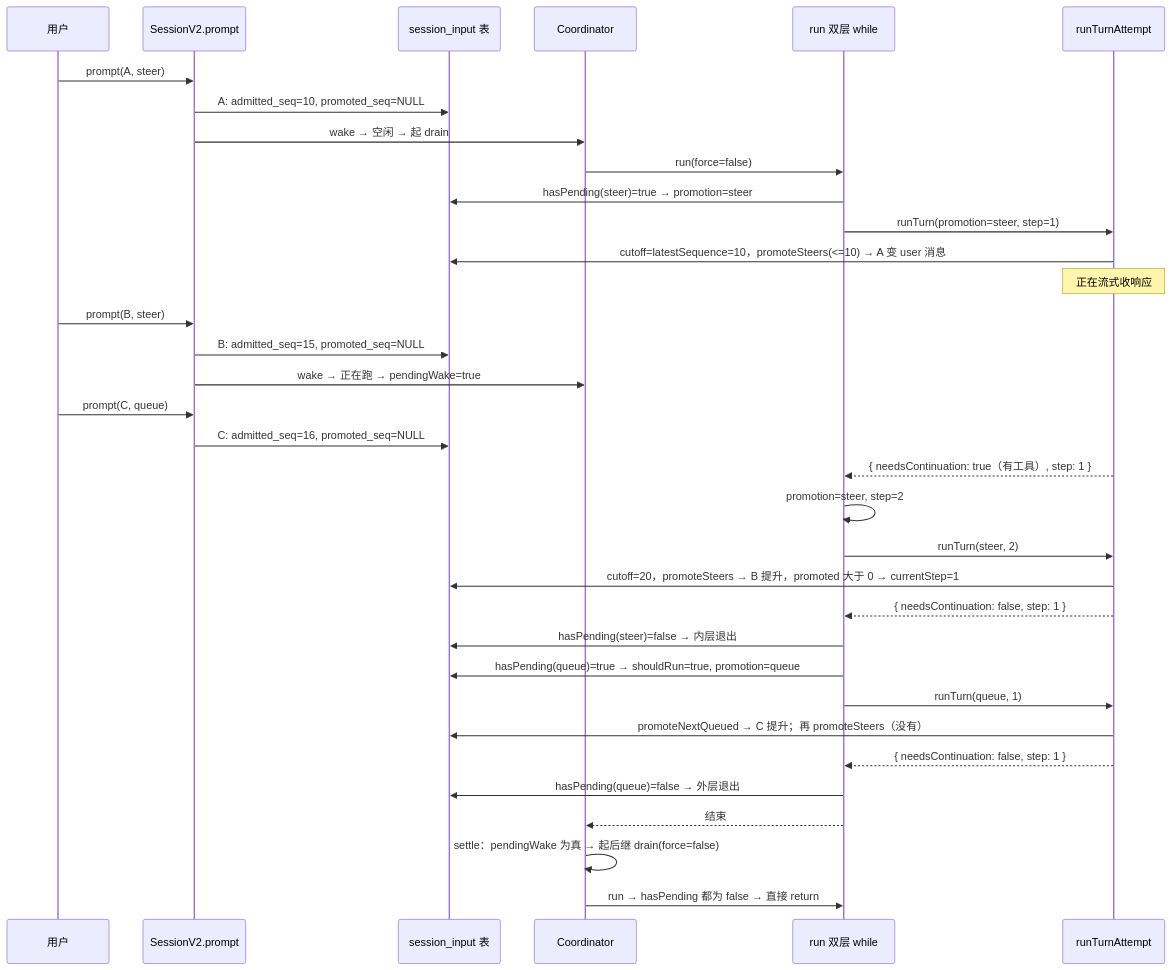
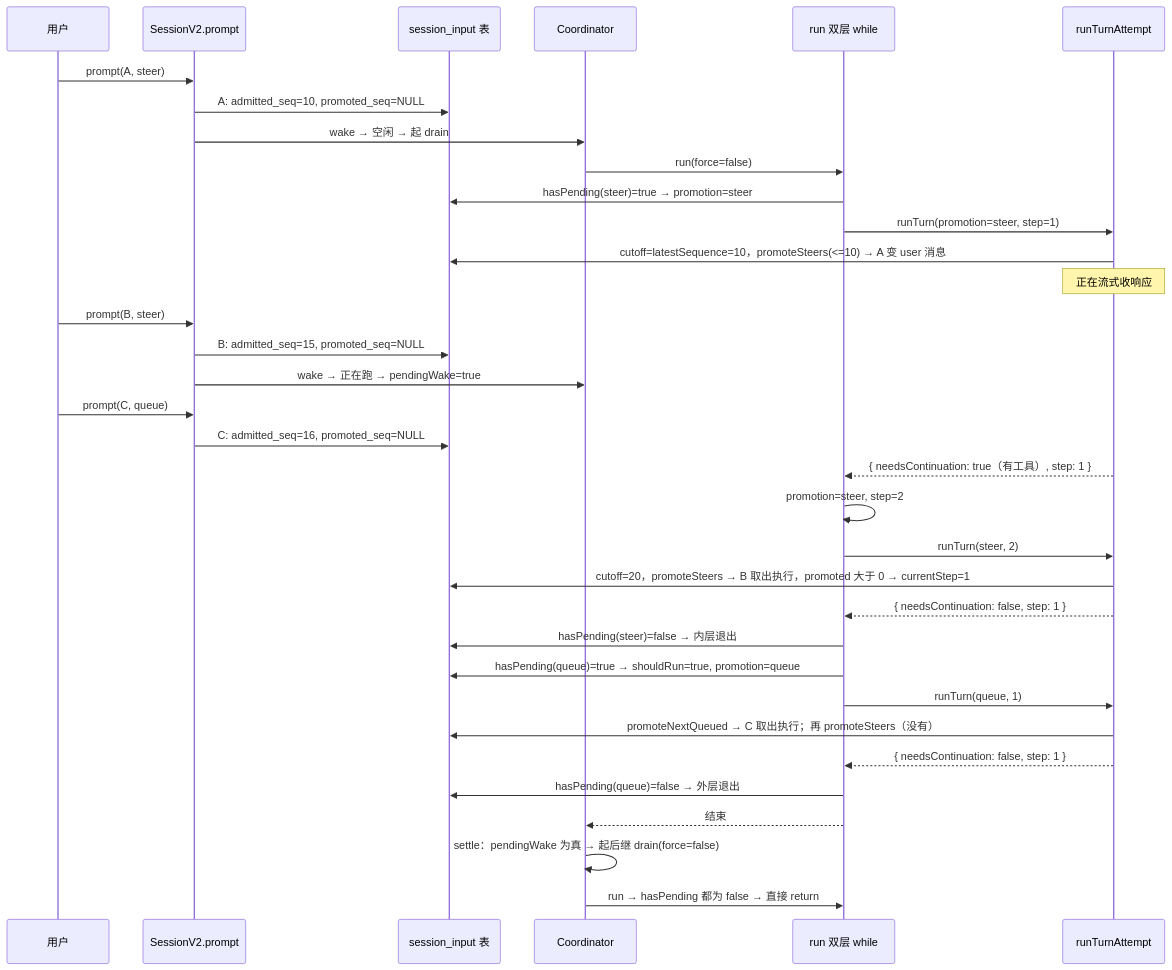
Before and after one commit to nickqiaoo/nickqiaoo.github.io: diagram 15 of 18 in src/content/post/agents-opencode/index.md, drawn with Mermaid. The commit also changed other lines of this file and 3 other files, not shown here.

Commit message:
Clarify OpenCode v2 execution and permission architecture

````diff
--- a/src/content/post/agents-opencode/index.md
+++ b/src/content/post/agents-opencode/index.md
@@ -1408,37 +1688,37 @@
 ```mermaid
 sequenceDiagram
   participant U as 用户
   participant SV as SessionV2.prompt
   participant DB as session_input 表
   participant CO as Coordinator
   participant RN as run 双层 while
   participant RT as runTurnAttempt
 
   U->>SV: prompt(A, steer)
   SV->>DB: A: admitted_seq=10, promoted_seq=NULL
   SV->>CO: wake → 空闲 → 起 drain
   CO->>RN: run(force=false)
   RN->>DB: hasPending(steer)=true → promotion=steer
   RN->>RT: runTurn(promotion=steer, step=1)
   RT->>DB: cutoff=latestSequence=10，promoteSteers(<=10) → A 变 user 消息
   Note over RT: 正在流式收响应
   U->>SV: prompt(B, steer)
   SV->>DB: B: admitted_seq=15, promoted_seq=NULL
   SV->>CO: wake → 正在跑 → pendingWake=true
   U->>SV: prompt(C, queue)
   SV->>DB: C: admitted_seq=16, promoted_seq=NULL
   RT-->>RN: { needsContinuation: true（有工具）, step: 1 }
   RN->>RN: promotion=steer, step=2
   RN->>RT: runTurn(steer, 2)
-  RT->>DB: cutoff=20，promoteSteers → B 提升，promoted 大于 0 → currentStep=1
+  RT->>DB: cutoff=20，promoteSteers → B 取出执行，promoted 大于 0 → currentStep=1
   RT-->>RN: { needsContinuation: false, step: 1 }
   RN->>DB: hasPending(steer)=false → 内层退出
   RN->>DB: hasPending(queue)=true → shouldRun=true, promotion=queue
   RN->>RT: runTurn(queue, 1)
-  RT->>DB: promoteNextQueued → C 提升；再 promoteSteers（没有）
+  RT->>DB: promoteNextQueued → C 取出执行；再 promoteSteers（没有）
   RT-->>RN: { needsContinuation: false, step: 1 }
   RN->>DB: hasPending(queue)=false → 外层退出
   RN-->>CO: 结束
   CO->>CO: settle：pendingWake 为真 → 起后继 drain(force=false)
   CO->>RN: run → hasPending 都为 false → 直接 return
 ```
````
